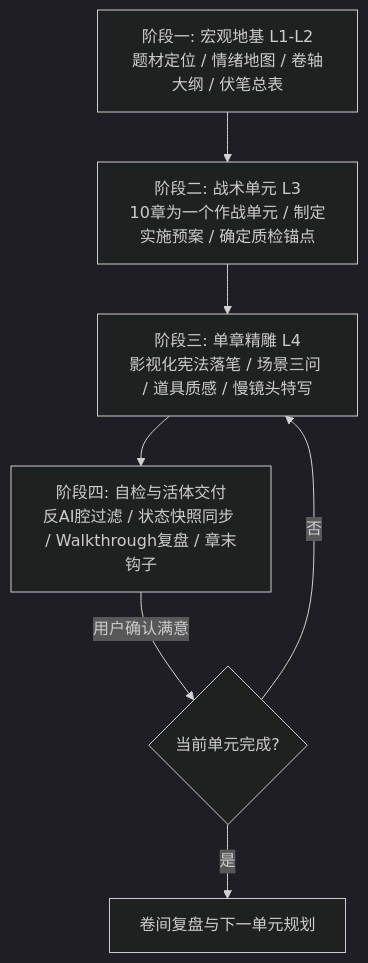
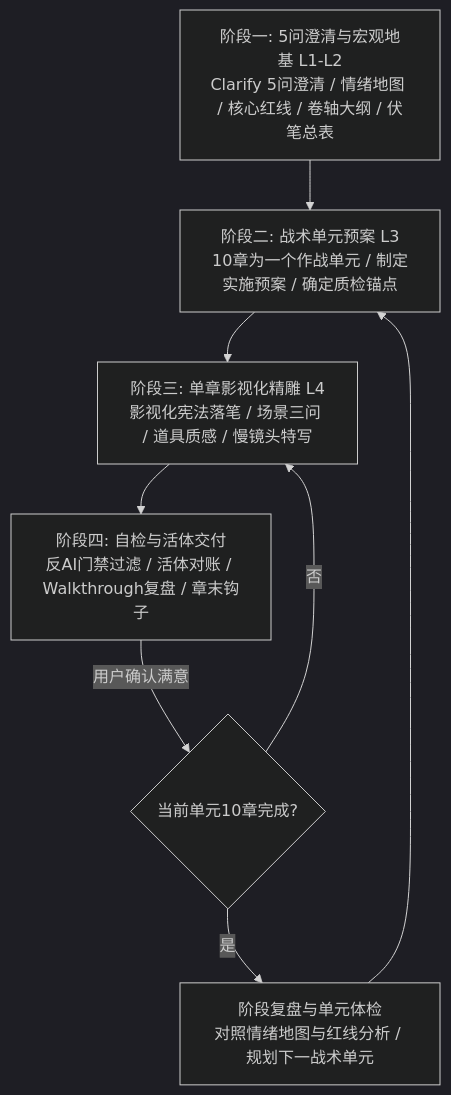
The diagram in SKILL.md (egguy886/commercial-writing-system), drawn with Mermaid (dark theme) before and after one commit. The commit also changed other lines of this file and 2 other files, not shown here.

````diff
--- a/SKILL.md
+++ b/SKILL.md
@@ -24,9 +25,10 @@
 ```mermaid
 flowchart TD
-    A[阶段一: 宏观地基 L1-L2<br/>题材定位 / 情绪地图 / 卷轴大纲 / 伏笔总表] --> B[阶段二: 战术单元 L3<br/>10章为一个作战单元 / 制定实施预案 / 确定质检锚点]
-    B --> C[阶段三: 单章精雕 L4<br/>影视化宪法落笔 / 场景三问 / 道具质感 / 慢镜头特写]
-    C --> D[阶段四: 自检与活体交付<br/>反AI腔过滤 / 状态快照同步 / Walkthrough复盘 / 章末钩子]
-    D -->|用户确认满意| E{当前单元完成?}
+    A[阶段一: 5问澄清与宏观地基 L1-L2<br/>Clarify 5问澄清 / 情绪地图 / 核心红线 / 卷轴大纲 / 伏笔总表] --> B[阶段二: 战术单元预案 L3<br/>10章为一个作战单元 / 制定实施预案 / 确定质检锚点]
+    B --> C[阶段三: 单章影视化精雕 L4<br/>影视化宪法落笔 / 场景三问 / 道具质感 / 慢镜头特写]
+    C --> D[阶段四: 自检与活体交付<br/>反AI门禁过滤 / 活体对账 / Walkthrough复盘 / 章末钩子]
+    D -->|用户确认满意| E{当前单元10章完成?}
     E -- 否 --> C
-    E -- 是 --> F[卷间复盘与下一单元规划]
+    E -- 是 --> F[阶段复盘与单元体检<br/>对照情绪地图与红线分析 / 规划下一战术单元]
+    F --> B
 ```
````
